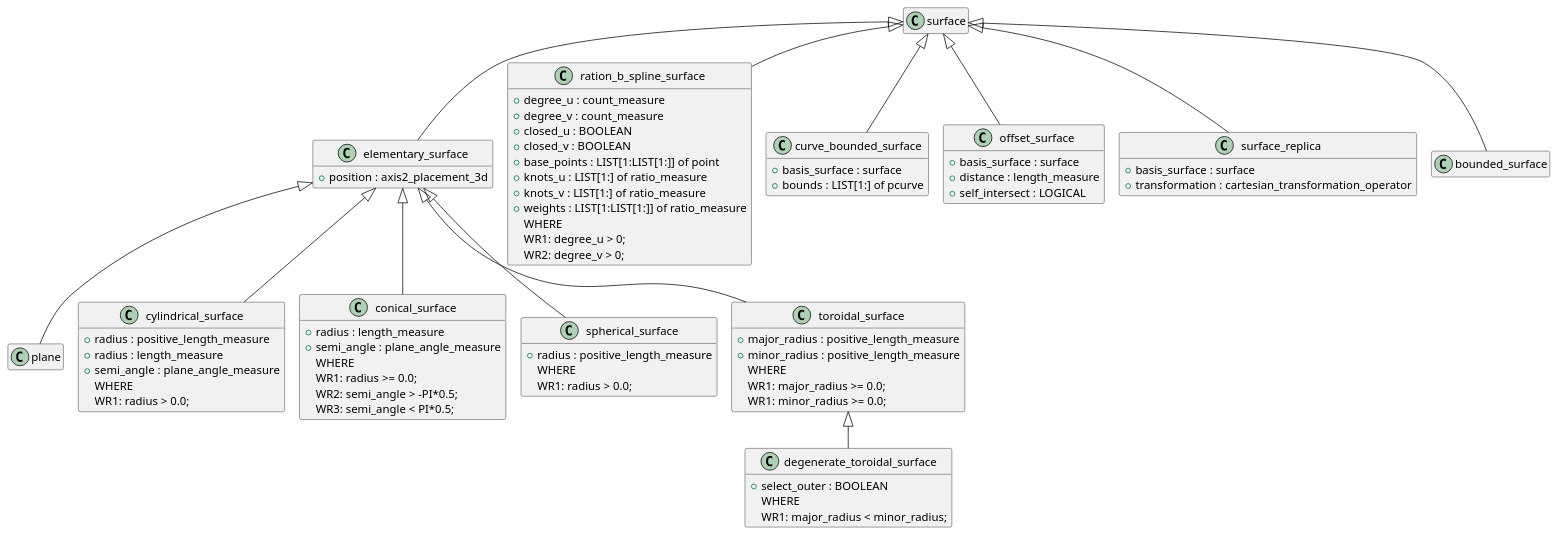
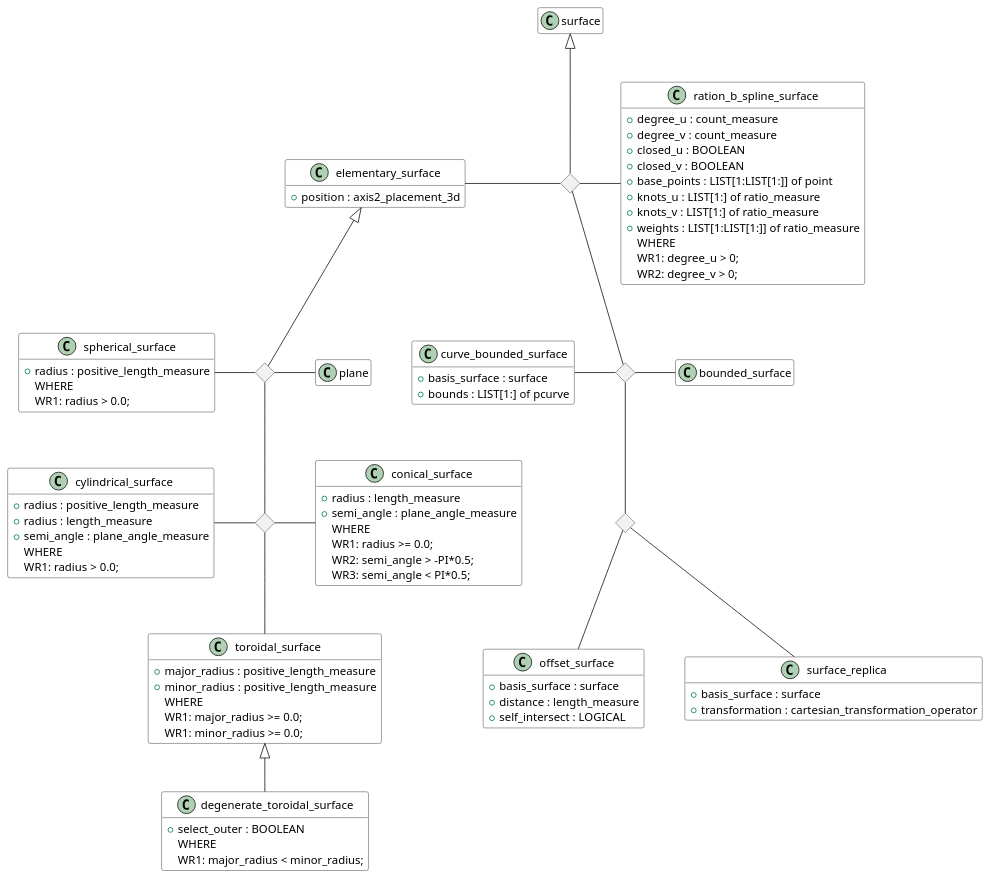
Before and after one commit to chukkaba/10303: the diagram in 005_Geometry+Topology/geometry/source/surface.pu, drawn with PlantUML. The commit also changed 10 other files, not shown here.

```diff
--- a/005_Geometry+Topology/geometry/source/surface.pu
+++ b/005_Geometry+Topology/geometry/source/surface.pu
@@ -1,103 +1,124 @@
-@startuml
-!pragma layout smetana
-skinparam groupInheritance 2
+@startuml surface
+
+'!pragma layout smetana
+'skinparam groupInheritance 2
 hide empty members
+'skinparam Linetype ortho
+skinparam Nodesep 50
 
-class surface {
+class surface #White {
 }
 
-class elementary_surface {
+class elementary_surface #White {
   +position : axis2_placement_3d
 }
 
-class plane {
+class plane #White {
 }
 
-class cylindrical_surface {
+class cylindrical_surface #White {
   +radius : positive_length_measure
 }
 
-class cylindrical_surface {
+class cylindrical_surface #White {
   +radius : length_measure
   +semi_angle : plane_angle_measure
 WHERE
   WR1: radius > 0.0;
 }
 
 
-class conical_surface {
+class conical_surface #White {
   +radius : length_measure
   +semi_angle : plane_angle_measure
 WHERE
   WR1: radius >= 0.0;
   WR2: semi_angle > -PI*0.5;
   WR3: semi_angle < PI*0.5;
 }
 
-class spherical_surface {
+class spherical_surface #White {
   +radius : positive_length_measure
   WHERE
   WR1: radius > 0.0;
 }
 
-class toroidal_surface {
+class toroidal_surface #White {
   +major_radius : positive_length_measure
   +minor_radius : positive_length_measure
   WHERE
   WR1: major_radius >= 0.0;
   WR1: minor_radius >= 0.0;
 }
 
-class degenerate_toroidal_surface {
+class degenerate_toroidal_surface #White {
   +select_outer : BOOLEAN
 WHERE
   WR1: major_radius < minor_radius;
 }
 
-class ration_b_spline_surface {
+class ration_b_spline_surface #White {
   + degree_u : count_measure
   + degree_v : count_measure
   + closed_u : BOOLEAN
   + closed_v : BOOLEAN
   + base_points : LIST[1:LIST[1:]] of point
   + knots_u : LIST[1:] of ratio_measure
   + knots_v : LIST[1:] of ratio_measure
   + weights : LIST[1:LIST[1:]] of ratio_measure
   WHERE
   WR1: degree_u > 0;
   WR2: degree_v > 0;
 }
 
-class curve_bounded_surface {
+class curve_bounded_surface #White {
   +basis_surface : surface
   +bounds : LIST[1:] of pcurve
 }
 
-class offset_surface {
+class offset_surface #White {
   +basis_surface : surface
   +distance : length_measure
   +self_intersect : LOGICAL
 }
 
-class surface_replica {
+class surface_replica #White {
   +basis_surface : surface
   +transformation : cartesian_transformation_operator
 }
 
+class bounded_surface #White {
+
+}
+
+<> diamond
+<> diamond2
+<> diamond3
+<> diamond4
+<> diamond5
+
+
 ' Наследование
-surface <|-- bounded_surface
-surface <|-- elementary_surface
-surface <|-- ration_b_spline_surface
-surface <|-- curve_bounded_surface
-surface <|-- offset_surface
-surface <|-- surface_replica
+diamond -up-|> surface
+diamond2 -up- diamond
+diamond3 -up- diamond2
 
-elementary_surface <|-- plane
-elementary_surface <|-- cylindrical_surface
-elementary_surface <|-- conical_surface
-elementary_surface <|-- spherical_surface
-elementary_surface <|-- toroidal_surface
+diamond -left- elementary_surface
+diamond -right- ration_b_spline_surface
+diamond2 -right- bounded_surface
+diamond2 -left- curve_bounded_surface
+diamond3 -- offset_surface
+diamond3 -- surface_replica
+
+diamond4 -up-|> elementary_surface
+diamond5 -up- diamond4
+
+diamond5 -left- cylindrical_surface
+diamond5 -right- conical_surface
+diamond4 -right- plane
+diamond4 -left- spherical_surface
+diamond5 -- toroidal_surface
 
 toroidal_surface <|-- degenerate_toroidal_surface
 
 @enduml
```
